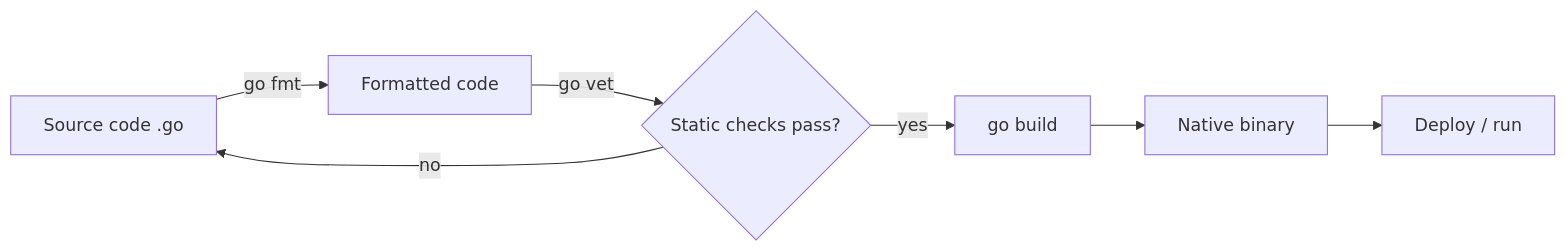
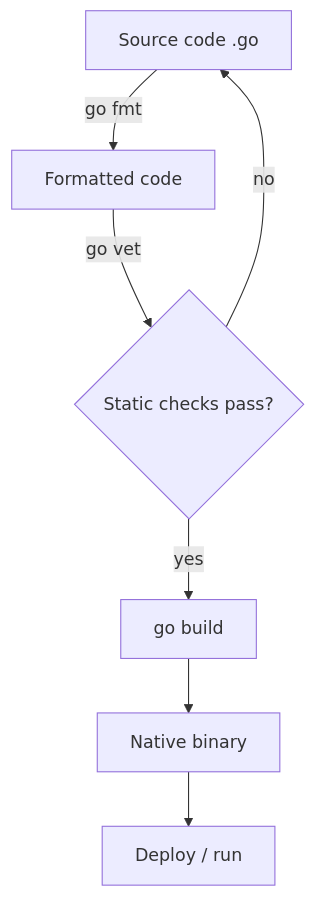
Before and after one commit to kidpeterpan/kidpeterpan.github.io: the diagram in content/go/01-setting-up-your-go-environment.md, drawn with Mermaid. The commit also changed other lines of this file and 3 other files, not shown here.

```diff
--- a/content/go/01-setting-up-your-go-environment.md
+++ b/content/go/01-setting-up-your-go-environment.md
@@ -15,9 +20,9 @@
 {{< mermaid >}}
-graph LR
+graph TD
   A["Source code .go"] -->|go fmt| B["Formatted code"]
   B -->|go vet| C{"Static checks pass?"}
   C -->|yes| D["go build"]
   C -->|no| A
   D --> E["Native binary"]
   E --> F["Deploy / run"]
 {{< /mermaid >}}
```
